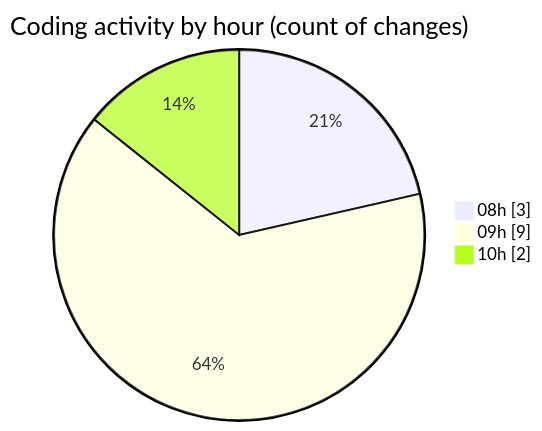
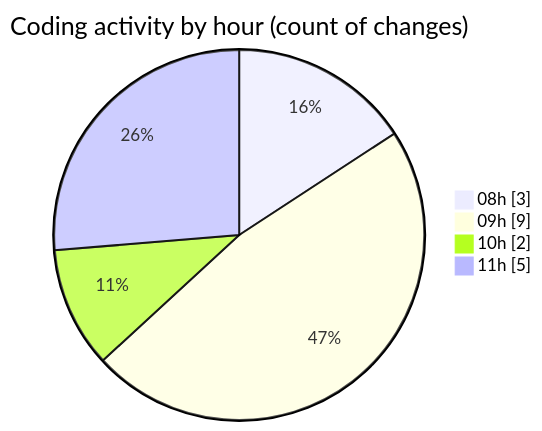
The second of 2 diagrams in 2025-05-13/niten/README.md (Elitesun/code-tracking), drawn with Mermaid before and after one commit. The commit also changed other lines of this file and 1 other file, not shown here.

````diff
--- a/2025-05-13/niten/README.md
+++ b/2025-05-13/niten/README.md
@@ -37,7 +37,8 @@
 ```mermaid
 pie showData
 title Coding activity by hour (count of changes)
 "08h" : 3
 "09h" : 9
 "10h" : 2
+"11h" : 5
 ```
````
